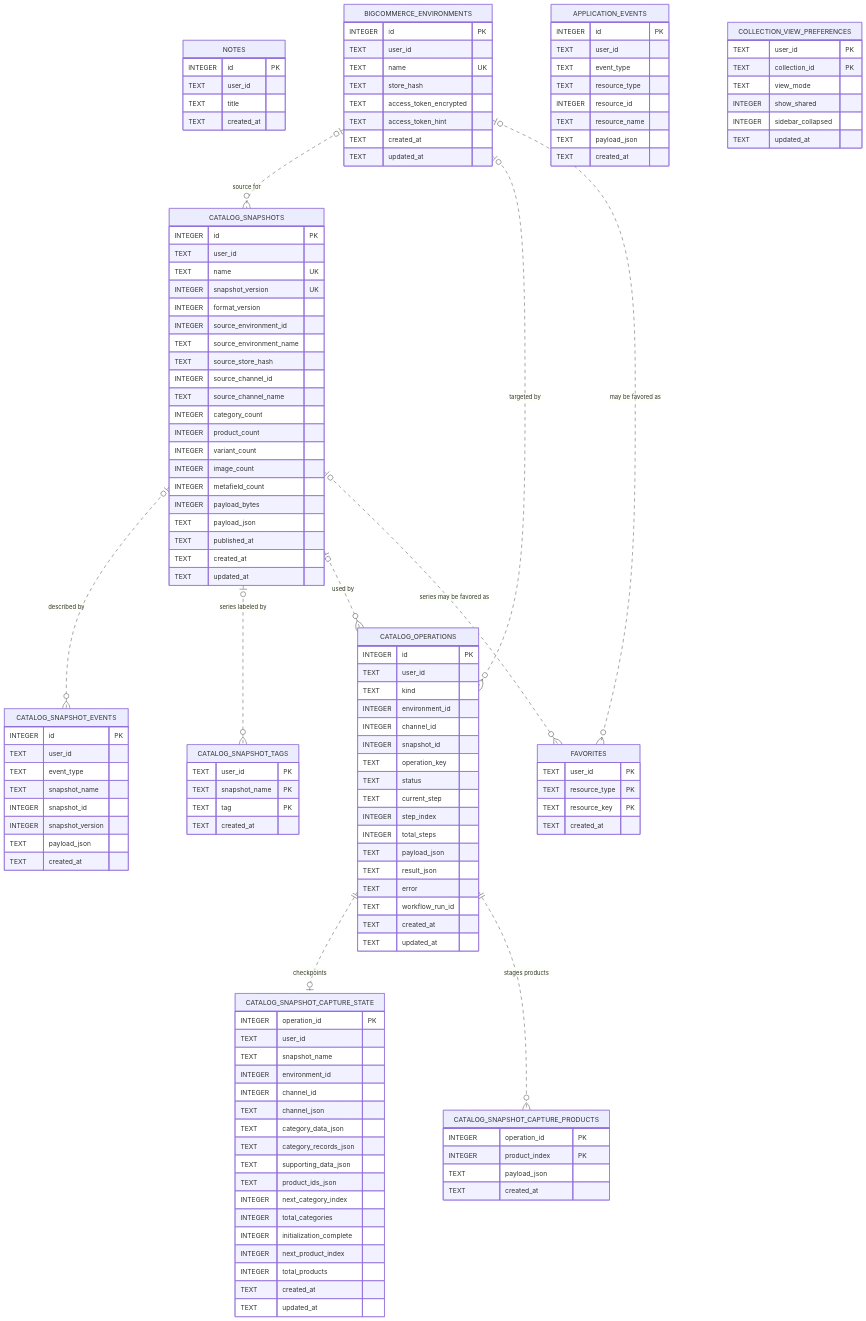
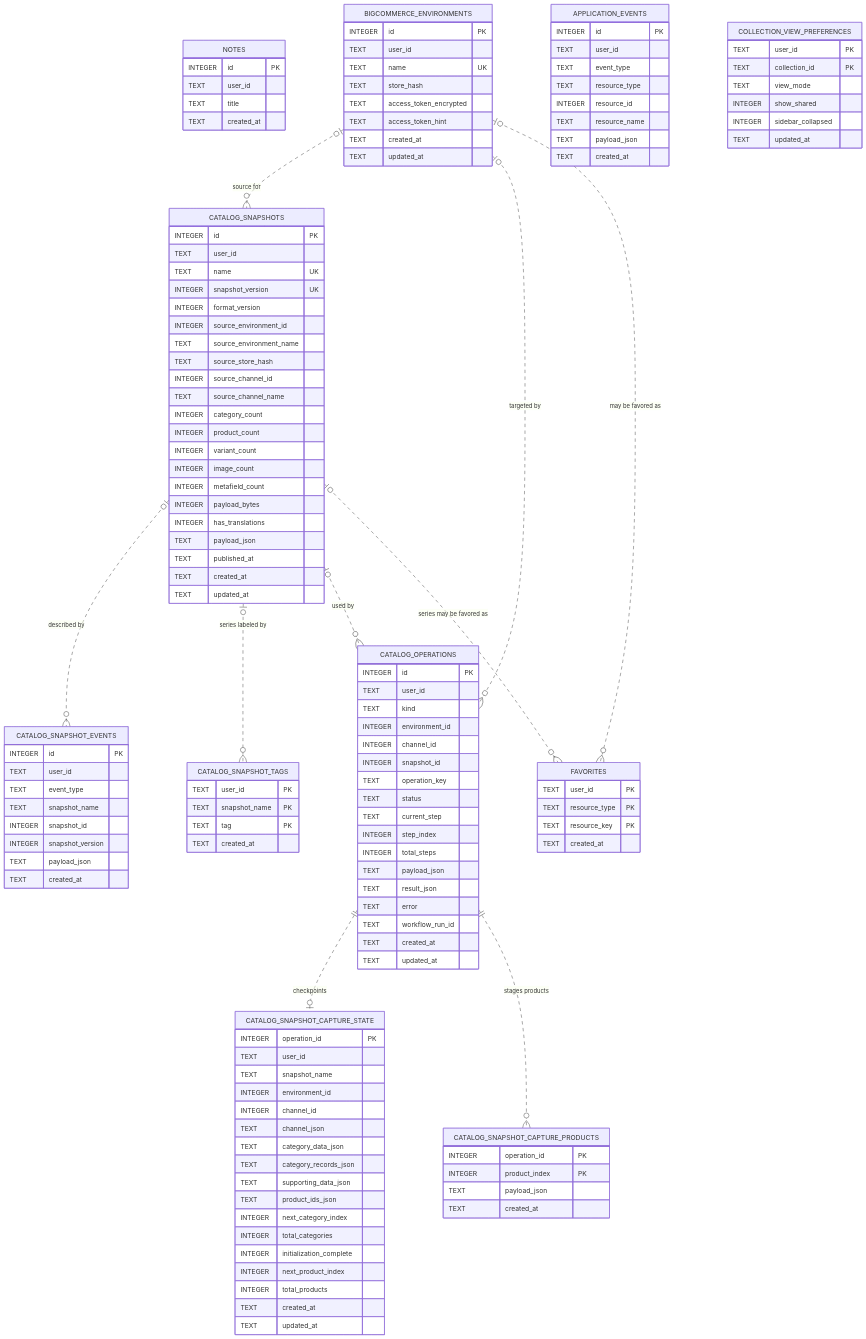
One commit to rezakalfane/bc-demoenv changed the first of 4 diagrams in DETAILS.md. Above: the diagram before and after it, drawn with Mermaid. The commit also changed other lines of this file and 4 other files, not shown here.

```diff
--- a/DETAILS.md
+++ b/DETAILS.md
@@ -43,6 +43,7 @@
         INTEGER image_count
         INTEGER metafield_count
         INTEGER payload_bytes
+        INTEGER has_translations
         TEXT payload_json
         TEXT published_at
         TEXT created_at
```
